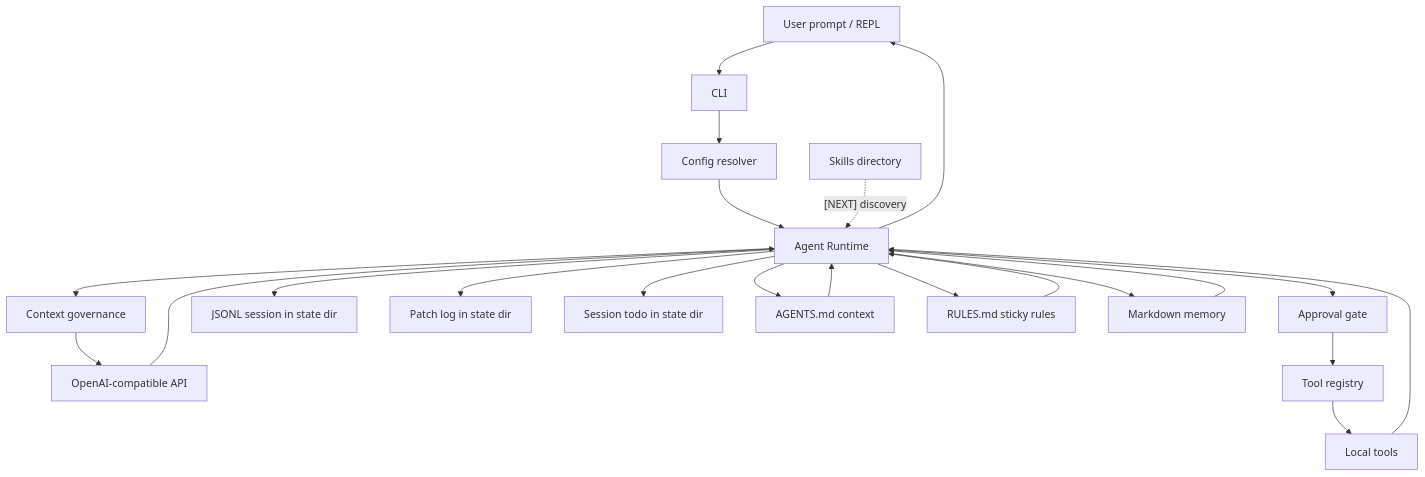
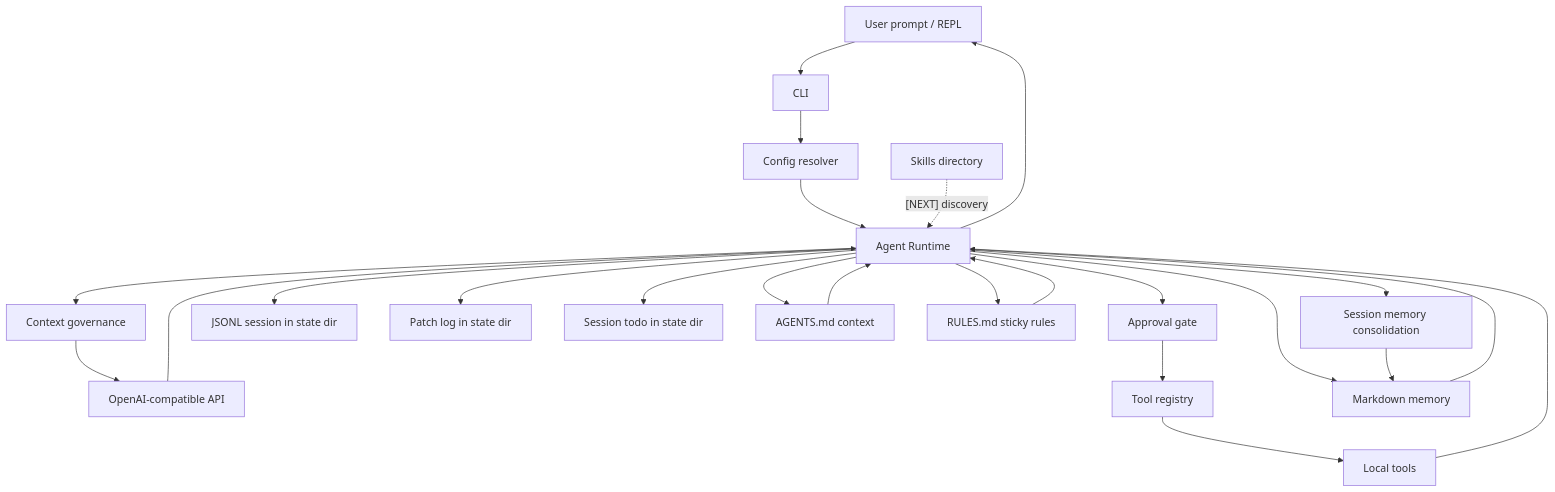
The diagram in docs/architecture.md (noone6931/lca-private-handoff-20260803), drawn with Mermaid before and after one commit. The commit also changed other lines of this file and 11 other files, not shown here.

Commit message:
Add optional session memory consolidation

````diff
--- a/docs/architecture.md
+++ b/docs/architecture.md
@@ -57,24 +57,26 @@
 ```mermaid
 flowchart TD
   U["User prompt / REPL"] --> CLI["CLI"]
   CLI --> CFG["Config resolver"]
   CFG --> RT["Agent Runtime"]
   RT --> CTX["Context governance"]
   CTX --> LLM["OpenAI-compatible API"]
   LLM --> RT
   RT --> APR["Approval gate"]
   APR --> REG["Tool registry"]
   REG --> TOOLS["Local tools"]
   TOOLS --> RT
   RT --> SESS["JSONL session in state dir"]
   RT --> PATCH["Patch log in state dir"]
   RT --> TODO["Session todo in state dir"]
   RT --> CTFILE["AGENTS.md context"]
   RT --> RULES["RULES.md sticky rules"]
   RT --> MEM["Markdown memory"]
+  RT --> MC["Session memory consolidation"]
   CTFILE --> RT
   RULES --> RT
   MEM --> RT
+  MC --> MEM
   SKILL["Skills directory"] -. "[NEXT] discovery" .-> RT
   RT --> U
 ```
````
